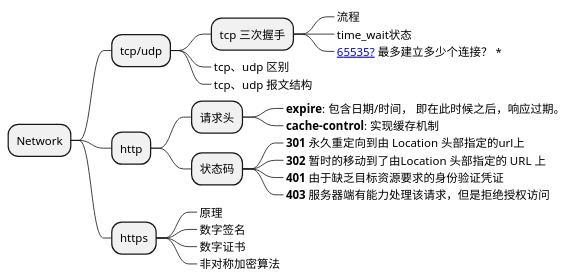
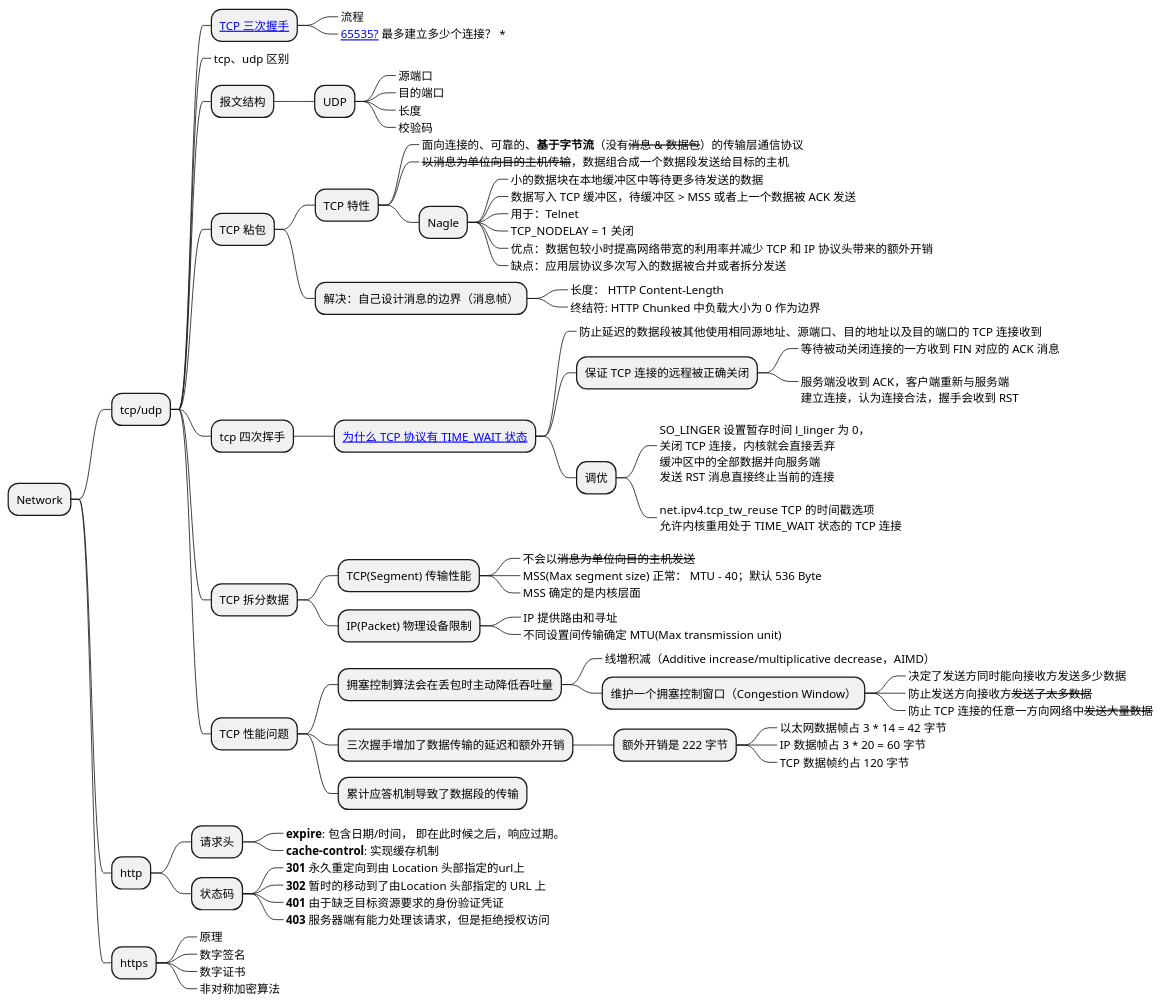
One commit to Gh0st99/Gh0st99.github.io changed the tenth of 11 diagrams in _posts/2021-05-27-查漏补缺.md. Above: the diagram before and after it, drawn with PlantUML. The commit also changed other lines of this file and 3 other files, not shown here.

```diff
--- a/_posts/2021-05-27-查漏补缺.md
+++ b/_posts/2021-05-27-查漏补缺.md
@@ -872,13 +872,72 @@
 @startmindmap
 * Network
 ** tcp/udp
-*** tcp 三次握手
+*** [[https://draveness.me/whys-the-design-tcp-three-way-handshake/ TCP 三次握手]]
 ****_ 流程
-****_ time_wait状态
 ****_ [[https://www.zhihu.com/question/361111920/answer/1199952447 65535?]] 最多建立多少个连接？ *
 ***_ tcp、udp 区别
-***_ tcp、udp 报文结构
+*** 报文结构
+**** UDP
+*****_ 源端口
+*****_ 目的端口
+*****_ 长度
+*****_ 校验码
+*** TCP 粘包
+**** TCP 特性
+*****_ 面向连接的、可靠的、**基于字节流**（没有<s>消息 & 数据包</s>）的传输层通信协议
+*****_ <s>以消息为单位向目的主机传输</s>，数据组合成一个数据段发送给目标的主机
+***** Nagle
+******_ 小的数据块在本地缓冲区中等待更多待发送的数据
+******_ 数据写入 TCP 缓冲区，待缓冲区 > MSS 或者上一个数据被 ACK 发送
+******_ 用于：Telnet
+******_ TCP_NODELAY = 1 关闭
+******_ 优点：数据包较小时提高网络带宽的利用率并减少 TCP 和 IP 协议头带来的额外开销
+******_ 缺点：应用层协议多次写入的数据被合并或者拆分发送
+**** 解决：自己设计消息的边界（消息帧）
+*****_ 长度： HTTP Content-Length
+*****_ 终结符: HTTP Chunked 中负载大小为 0 作为边界
 
+*** tcp 四次挥手
+**** [[https://draveness.me/whys-the-design-tcp-time-wait 为什么 TCP 协议有 TIME_WAIT 状态]]
+*****_ 防止延迟的数据段被其他使用相同源地址、源端口、目的地址以及目的端口的 TCP 连接收到
+***** 保证 TCP 连接的远程被正确关闭
+******_ 等待被动关闭连接的一方收到 FIN 对应的 ACK 消息
+******_: 
+服务端没收到 ACK，客户端重新与服务端
+建立连接，认为连接合法，握手会收到 RST;
+***** 调优
+******_: 
+SO_LINGER 设置暂存时间 l_linger 为 0，
+关闭 TCP 连接，内核就会直接丢弃
+缓冲区中的全部数据并向服务端
+发送 RST 消息直接终止当前的连接;
+******_:
+net.ipv4.tcp_tw_reuse  TCP 的时间戳选项
+允许内核重用处于 TIME_WAIT 状态的 TCP 连接
+;
+
+*** TCP 拆分数据
+**** TCP(Segment) 传输性能
+*****_ 不会以<s>消息为单位向目的主机发送</s>
+*****_ MSS(Max segment size) 正常： MTU - 40；默认 536 Byte
+*****_ MSS 确定的是内核层面
+**** IP(Packet) 物理设备限制
+*****_ IP 提供路由和寻址
+*****_ 不同设置间传输确定 MTU(Max transmission unit)
+
+*** TCP 性能问题
+**** 拥塞控制算法会在丢包时主动降低吞吐量
+*****_ 线増积减（Additive increase/multiplicative decrease，AIMD）
+***** 维护一个拥塞控制窗口（Congestion Window）
+******_ 决定了发送方同时能向接收方发送多少数据
+******_ 防止发送方向接收方<s>发送了太多数据</s>
+******_ 防止 TCP 连接的任意一方向网络中<s>发送大量数据</s>
+**** 三次握手增加了数据传输的延迟和额外开销
+***** 额外开销是 222 字节
+******_ 以太网数据帧占 3 * 14 = 42 字节
+******_ IP 数据帧占 3 * 20 = 60 字节
+******_ TCP 数据帧约占 120 字节
+**** 累计应答机制导致了数据段的传输
 
 ** http
 *** 请求头
```
